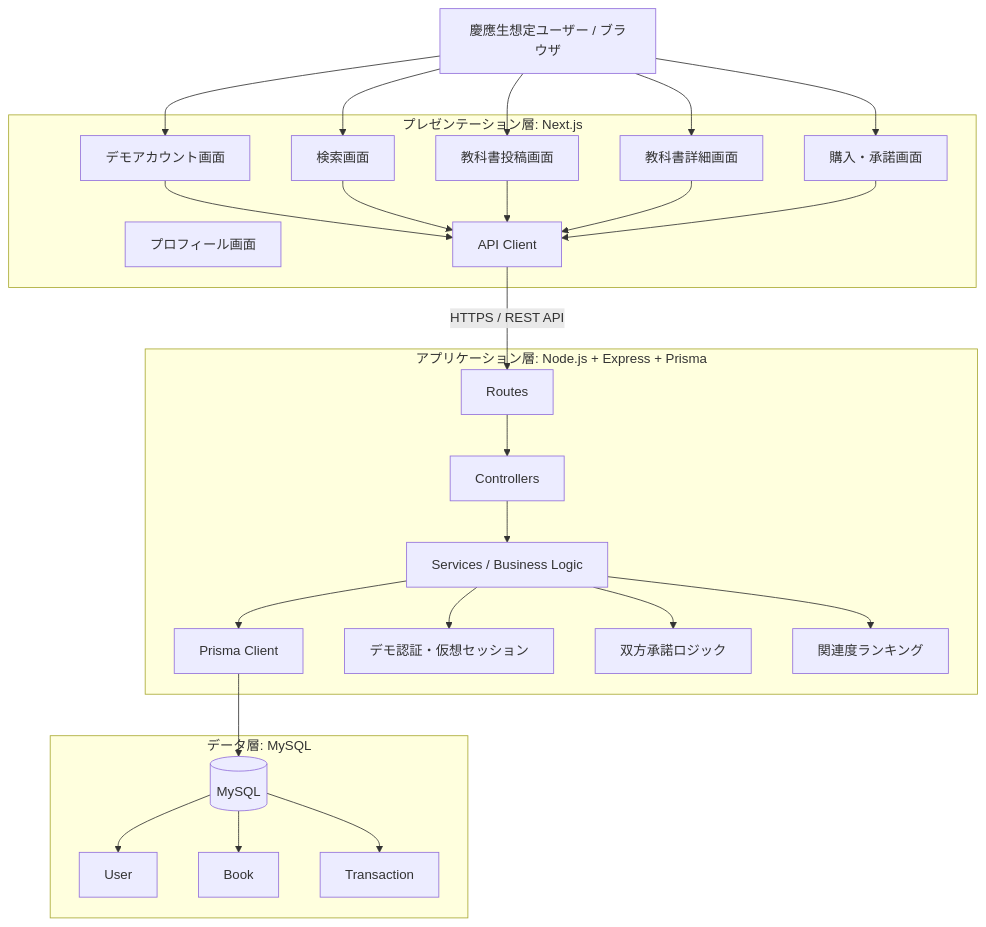
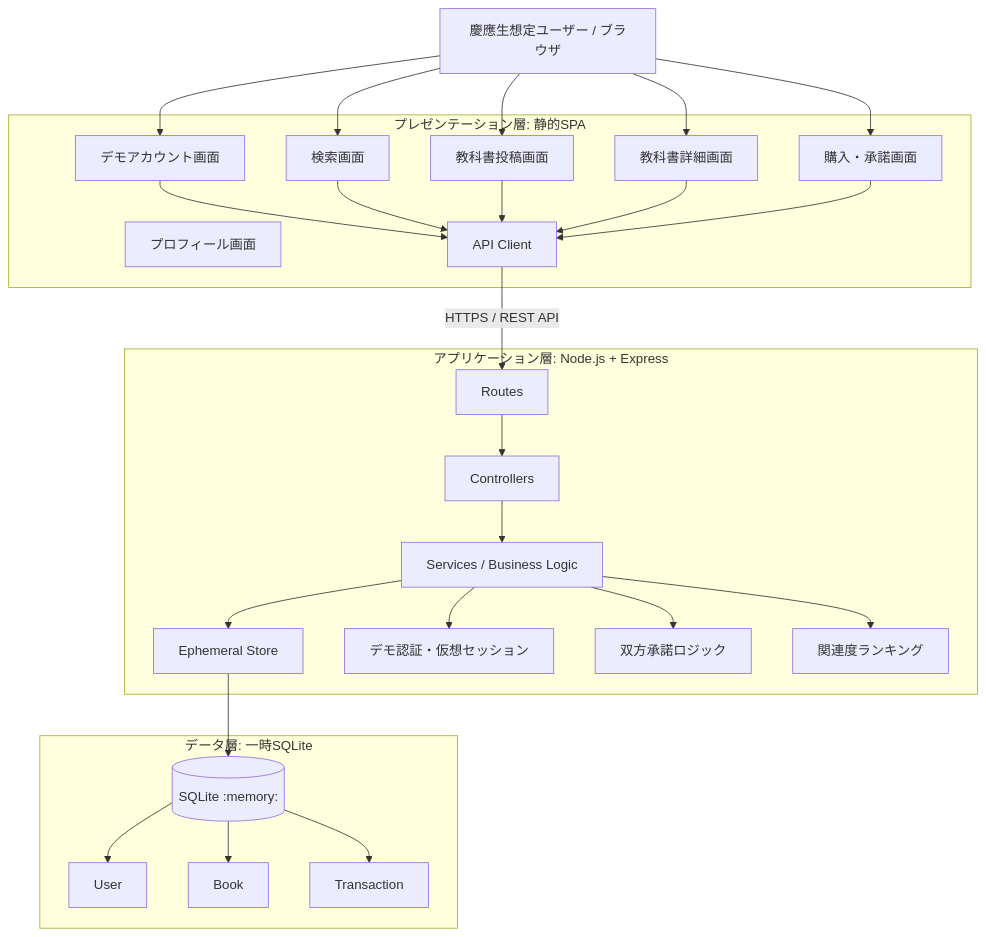
One commit to Shundai0110/webproFinalApp changed the first of 6 diagrams in README.md. Above: the diagram before and after it, drawn with Mermaid. The commit also changed other lines of this file and 36 other files, not shown here.

````diff
--- a/README.md
+++ b/README.md
@@ -154,56 +156,56 @@
 ```mermaid
 flowchart TB
     User[慶應生想定ユーザー / ブラウザ]
 
-    subgraph Presentation["プレゼンテーション層: Next.js"]
+    subgraph Presentation["プレゼンテーション層: 静的SPA"]
         Register[デモアカウント画面]
         Profile[プロフィール画面]
         Search[検索画面]
         ListingForm[教科書投稿画面]
         BookDetail[教科書詳細画面]
         Purchase[購入・承諾画面]
         ApiClient[API Client]
     end
 
-    subgraph Application["アプリケーション層: Node.js + Express + Prisma"]
+    subgraph Application["アプリケーション層: Node.js + Express"]
         Routes[Routes]
         Controllers[Controllers]
         Services[Services / Business Logic]
-        PrismaClient[Prisma Client]
+        Store[Ephemeral Store]
         AuthLogic[デモ認証・仮想セッション]
         TransactionLogic[双方承諾ロジック]
         RankingLogic[関連度ランキング]
     end
 
-    subgraph Data["データ層: MySQL"]
-        DB[(MySQL)]
+    subgraph Data["データ層: 一時SQLite"]
+        DB[(SQLite :memory:)]
         UserTable[User]
         BookTable[Book]
         TransactionTable[Transaction]
     end
 
     User --> Register
     User --> Search
     User --> ListingForm
     User --> BookDetail
     User --> Purchase
 
     Register --> ApiClient
     Search --> ApiClient
     ListingForm --> ApiClient
     BookDetail --> ApiClient
     Purchase --> ApiClient
 
     ApiClient -->|HTTPS / REST API| Routes
     Routes --> Controllers
     Controllers --> Services
     Services --> AuthLogic
     Services --> TransactionLogic
     Services --> RankingLogic
-    Services --> PrismaClient
-    PrismaClient --> DB
+    Services --> Store
+    Store --> DB
 
     DB --> UserTable
     DB --> BookTable
     DB --> TransactionTable
 ```
````
